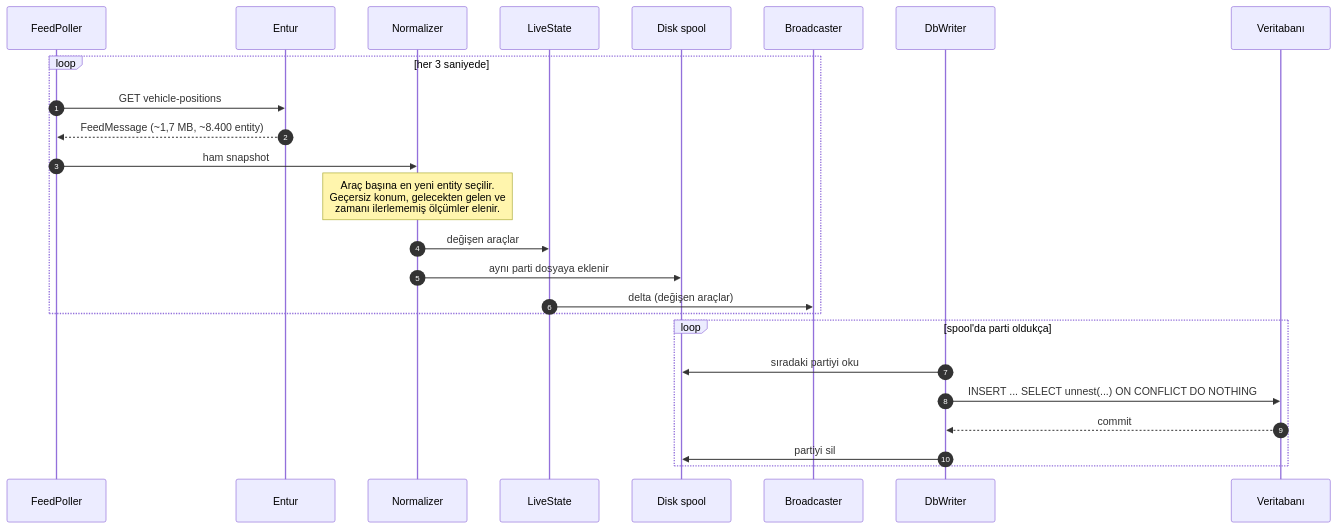
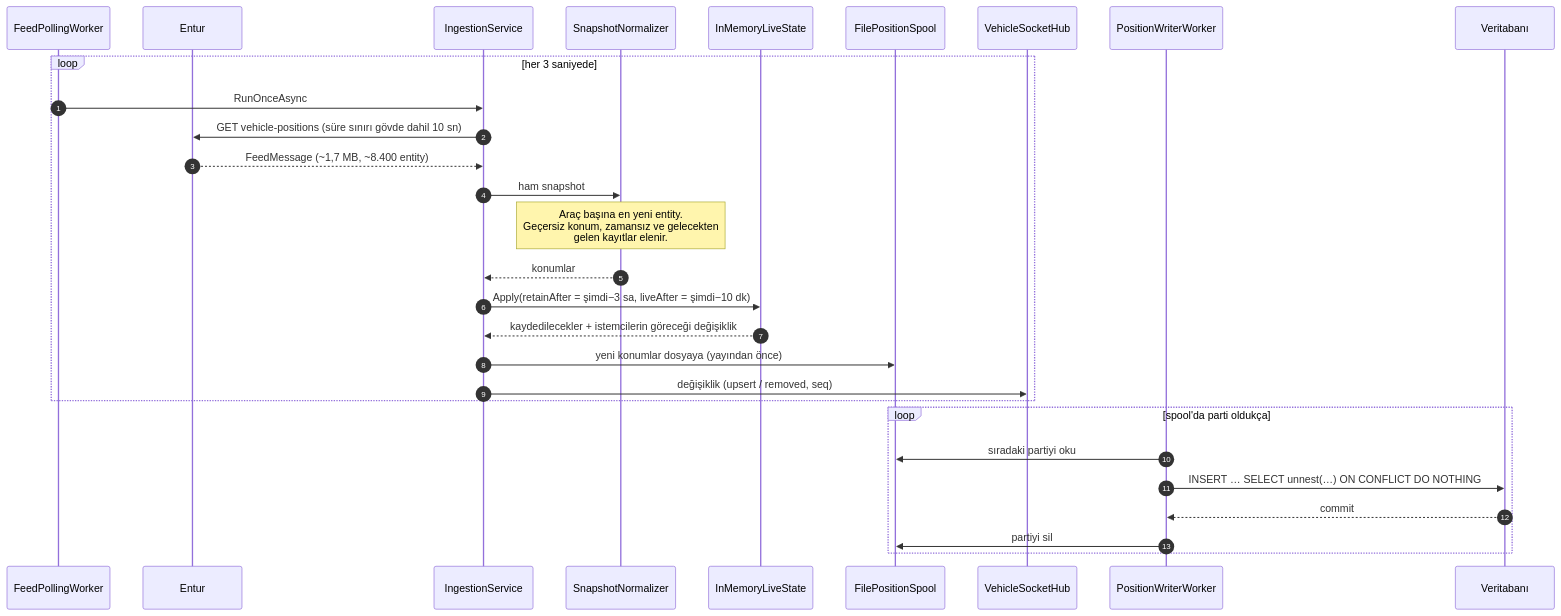
Before and after one commit to blisahn/piton-live-vehicle-tracking: the second of 10 diagrams in docs/architecture.md, drawn with Mermaid. The commit also changed other lines of this file and 1 other file, not shown here.

First line of the commit message:
docs: bring the architecture flows up to date

````diff
--- a/docs/architecture.md
+++ b/docs/architecture.md
@@ -70,29 +85,33 @@
 ```mermaid
 sequenceDiagram
     autonumber
-    participant P as FeedPoller
+    participant P as FeedPollingWorker
     participant E as Entur
-    participant N as Normalizer
-    participant L as LiveState
-    participant S as Disk spool
-    participant B as Broadcaster
-    participant W as DbWriter
+    participant I as IngestionService
+    participant N as SnapshotNormalizer
+    participant L as InMemoryLiveState
+    participant S as FilePositionSpool
+    participant H as VehicleSocketHub
+    participant W as PositionWriterWorker
     participant DB as Veritabanı
 
     loop her 3 saniyede
-        P->>E: GET vehicle-positions
-        E-->>P: FeedMessage (~1,7 MB, ~8.400 entity)
-        P->>N: ham snapshot
-        Note over N: Araç başına en yeni entity seçilir.<br/>Geçersiz konum, gelecekten gelen ve<br/>zamanı ilerlememiş ölçümler elenir.
-        N->>L: değişen araçlar
-        N->>S: aynı parti dosyaya eklenir
-        L->>B: delta (değişen araçlar)
+        P->>I: RunOnceAsync
+        I->>E: GET vehicle-positions (süre sınırı gövde dahil 10 sn)
+        E-->>I: FeedMessage (~1,7 MB, ~8.400 entity)
+        I->>N: ham snapshot
+        Note over N: Araç başına en yeni entity.<br/>Geçersiz konum, zamansız ve gelecekten<br/>gelen kayıtlar elenir.
+        N-->>I: konumlar
+        I->>L: Apply(retainAfter = şimdi−3 sa, liveAfter = şimdi−10 dk)
+        L-->>I: kaydedilecekler + istemcilerin göreceği değişiklik
+        I->>S: yeni konumlar dosyaya (yayından önce)
+        I->>H: değişiklik (upsert / removed, seq)
     end
 
     loop spool'da parti oldukça
         W->>S: sıradaki partiyi oku
-        W->>DB: INSERT ... SELECT unnest(...) ON CONFLICT DO NOTHING
+        W->>DB: INSERT … SELECT unnest(…) ON CONFLICT DO NOTHING
         DB-->>W: commit
         W->>S: partiyi sil
     end
 ```
````
